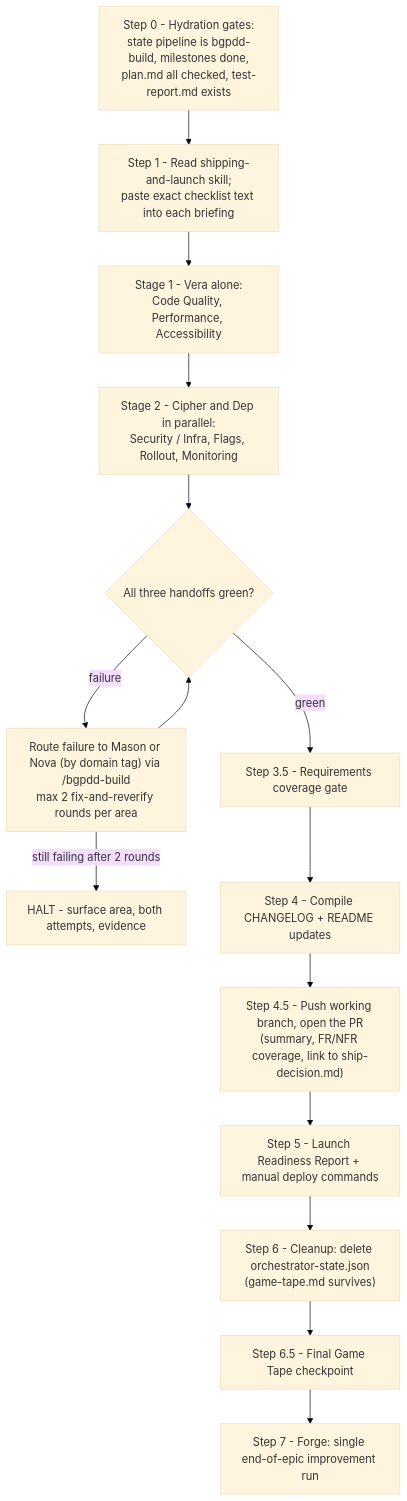
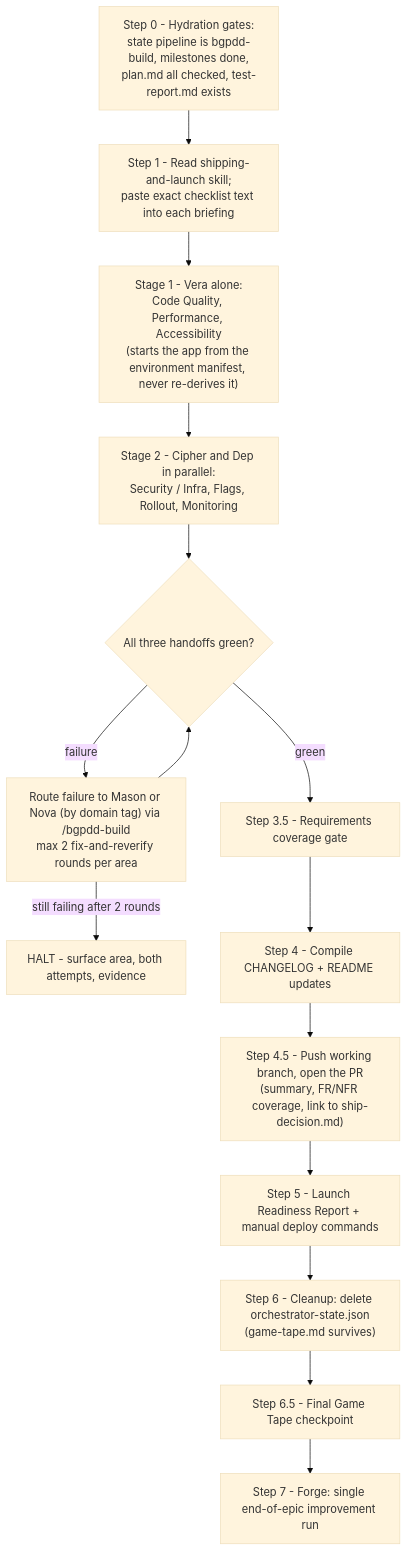
One commit to MuhammadShaharyarNaeem/blackgoat-agentskills changed the sixth of 7 diagrams in README.md. Above: the diagram before and after it, drawn with Mermaid (base theme). The commit also changed other lines of this file and 4 other files, not shown here.

````diff
--- a/README.md
+++ b/README.md
@@ -281,21 +285,21 @@
 ```mermaid
 flowchart TD
     S0["Step 0 - Hydration gates:<br/>state pipeline is bgpdd-build, milestones done,<br/>plan.md all checked, test-report.md exists"]
     S1["Step 1 - Read shipping-and-launch skill;<br/>paste exact checklist text into each briefing"]
-    ST1["Stage 1 - Vera alone:<br/>Code Quality, Performance, Accessibility"]
+    ST1["Stage 1 - Vera alone:<br/>Code Quality, Performance, Accessibility<br/>(starts the app from the environment manifest, never re-derives it)"]
     ST2["Stage 2 - Cipher and Dep in parallel:<br/>Security / Infra, Flags, Rollout, Monitoring"]
     S3{"All three handoffs green?"}
     FIX["Route failure to Mason or Nova (by domain tag) via /bgpdd-build<br/>max 2 fix-and-reverify rounds per area"]
     HALT["HALT - surface area, both attempts, evidence"]
     S35["Step 3.5 - Requirements coverage gate"]
     S4["Step 4 - Compile CHANGELOG + README updates"]
     S45["Step 4.5 - Push working branch, open the PR<br/>(summary, FR/NFR coverage, link to ship-decision.md)"]
     S5["Step 5 - Launch Readiness Report + manual deploy commands"]
     S6["Step 6 - Cleanup: delete orchestrator-state.json<br/>(game-tape.md survives)"]
     S65["Step 6.5 - Final Game Tape checkpoint"]
     S7["Step 7 - Forge: single end-of-epic improvement run"]
     S0 --> S1 --> ST1 --> ST2 --> S3
     S3 -- "failure" --> FIX --> S3
     FIX -- "still failing after 2 rounds" --> HALT
     S3 -- "green" --> S35 --> S4 --> S45 --> S5 --> S6 --> S65 --> S7
 ```
````
